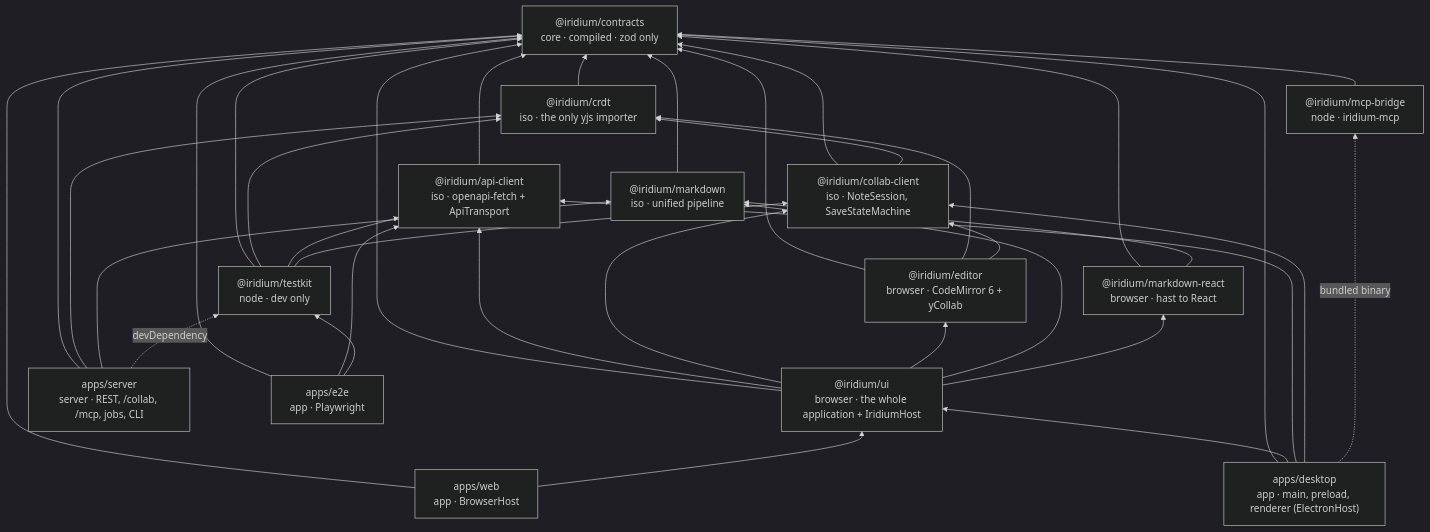
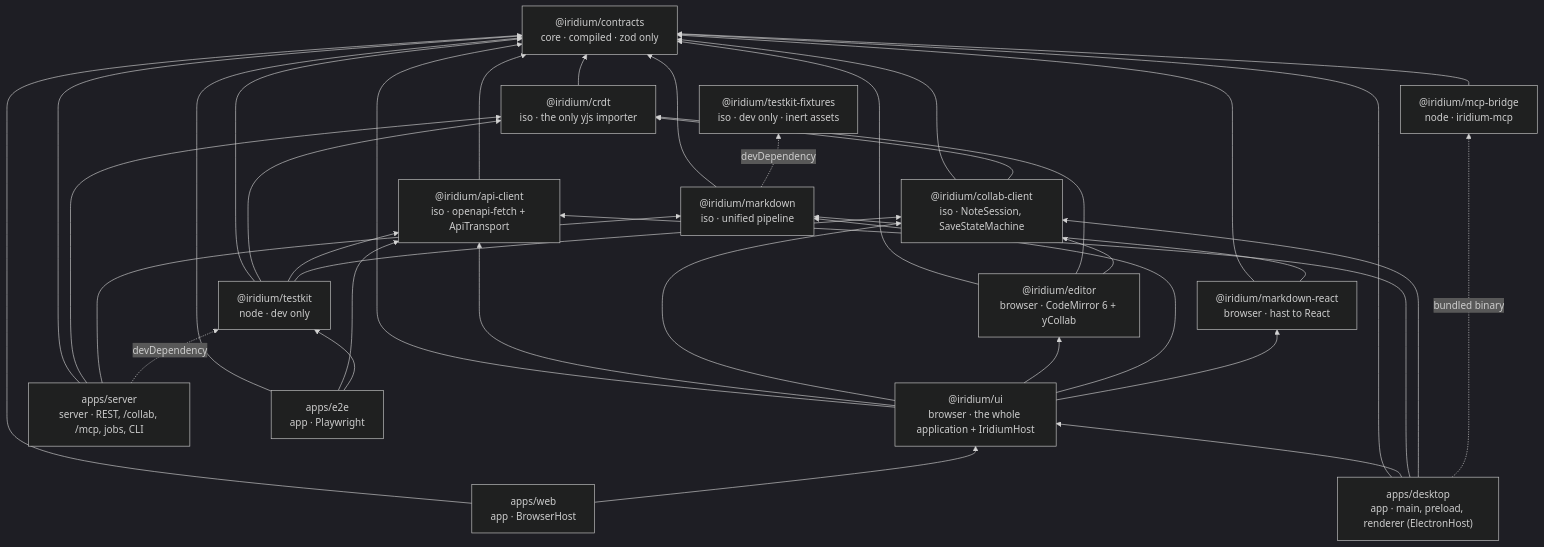
One commit to Mythikos/iridium changed diagram 11 of 12 in docs/plan/02-system-architecture.md. Above: the diagram before and after it, drawn with Mermaid (dark theme). The commit also changed other lines of this file and 34 other files, not shown here.

````diff
--- a/docs/plan/02-system-architecture.md
+++ b/docs/plan/02-system-architecture.md
@@ -585,52 +588,54 @@
 ```mermaid
 flowchart BT
   contracts["@iridium/contracts<br/>core · compiled · zod only"]
   crdt["@iridium/crdt<br/>iso · the only yjs importer"]
   markdown["@iridium/markdown<br/>iso · unified pipeline"]
   apiclient["@iridium/api-client<br/>iso · openapi-fetch + ApiTransport"]
   collabclient["@iridium/collab-client<br/>iso · NoteSession, SaveStateMachine"]
   editor["@iridium/editor<br/>browser · CodeMirror 6 + yCollab"]
   mdreact["@iridium/markdown-react<br/>browser · hast to React"]
   ui["@iridium/ui<br/>browser · the whole application + IridiumHost"]
   bridge["@iridium/mcp-bridge<br/>node · iridium-mcp"]
   testkit["@iridium/testkit<br/>node · dev only"]
+  fixtures["@iridium/testkit-fixtures<br/>iso · dev only · inert assets"]
   server["apps/server<br/>server · REST, /collab, /mcp, jobs, CLI"]
   web["apps/web<br/>app · BrowserHost"]
   desktop["apps/desktop<br/>app · main, preload, renderer (ElectronHost)"]
   e2e["apps/e2e<br/>app · Playwright"]
   crdt --> contracts
   markdown --> contracts
   apiclient --> contracts
   collabclient --> contracts
   collabclient --> crdt
   editor --> contracts
   editor --> crdt
   editor --> collabclient
   mdreact --> contracts
   mdreact --> markdown
   ui --> contracts
   ui --> apiclient
   ui --> collabclient
   ui --> editor
   ui --> markdown
   ui --> mdreact
   bridge --> contracts
   testkit --> contracts
   testkit --> crdt
   testkit --> apiclient
   testkit --> collabclient
+  markdown -. devDependency .-> fixtures
   server --> contracts
   server --> crdt
   server --> markdown
   server -. devDependency .-> testkit
   web --> contracts
   web --> ui
   desktop --> contracts
   desktop --> ui
   desktop --> apiclient
   desktop --> collabclient
   desktop -. bundled binary .-> bridge
   e2e --> contracts
   e2e --> apiclient
   e2e --> testkit
 ```
````
